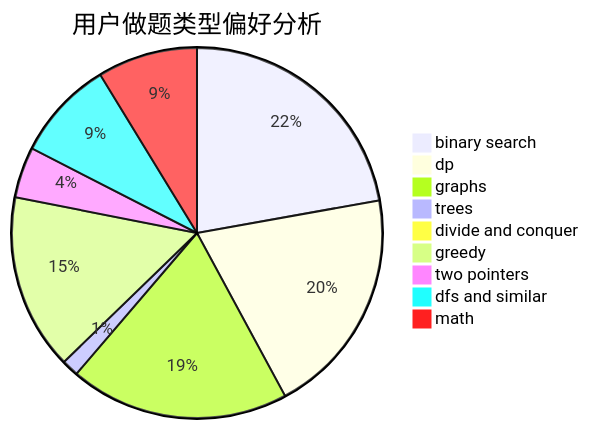
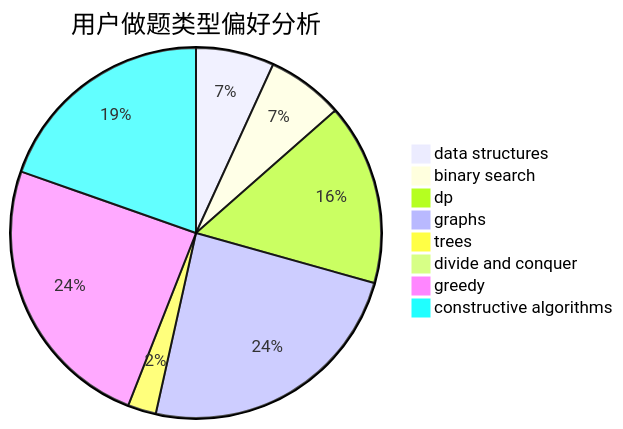
One commit to sherpahu/cfrs.github.io changed the second of 3 diagrams in docs/user/u2061.md. Above: the diagram before and after it, drawn with Mermaid. The commit also changed other lines of this file and 2775 other files, not shown here.

````diff
--- a/docs/user/u2061.md
+++ b/docs/user/u2061.md
@@ -23,12 +23,11 @@
 ```mermaid
 pie title 用户做题类型偏好分析
-    "binary search" :  315
-    "dp" :  283
-    "graphs" :  272
-    "trees" :  21
+    "data structures" :  47
+    "binary search" :  46
+    "dp" :  109
+    "graphs" :  166
+    "trees" :  17
     "divide and conquer" :  5
-    "greedy" :  218
-    "two pointers" :  63
-    "dfs and similar" :  124
-    "math" :  124
+    "greedy" :  168
+    "constructive algorithms" :  135
 ```
````
